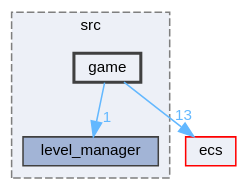
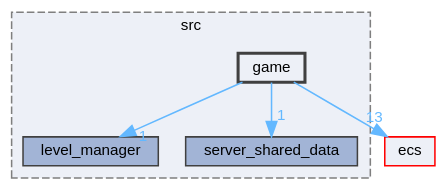
Before and after one commit to Houpsi/R-Type: the diagram in dir_e6b7ec297778ed9f03d97c98d106236d_dep.dot, drawn with Graphviz. The commit also changed 359 other files, not shown here.

```diff
--- a/dir_e6b7ec297778ed9f03d97c98d106236d_dep.dot
+++ b/dir_e6b7ec297778ed9f03d97c98d106236d_dep.dot
@@ -1,16 +1,18 @@
 digraph "server/src/game"
 {
  // LATEX_PDF_SIZE
   bgcolor="transparent";
   edge [fontname=Helvetica,fontsize=10,labelfontname=Helvetica,labelfontsize=10];
   node [fontname=Helvetica,fontsize=10,shape=box,height=0.2,width=0.4];
   compound=true
   subgraph clusterdir_a063914ab482288b7b0e1b2fca86158c {
     graph [ bgcolor="#edf0f7", pencolor="grey50", label="src", fontname=Helvetica,fontsize=10 style="filled,dashed", URL="dir_a063914ab482288b7b0e1b2fca86158c.html",tooltip=""]
   dir_1a61ab1baf9342b4b0090bc39c8718b8 [label="level_manager", fillcolor="#a2b4d6", color="grey25", style="filled", URL="dir_1a61ab1baf9342b4b0090bc39c8718b8.html",tooltip=""];
+  dir_750895f871de6972115ebd7099323fe5 [label="server_shared_data", fillcolor="#a2b4d6", color="grey25", style="filled", URL="dir_750895f871de6972115ebd7099323fe5.html",tooltip=""];
   dir_e6b7ec297778ed9f03d97c98d106236d [label="game", fillcolor="#edf0f7", color="grey25", style="filled,bold", URL="dir_e6b7ec297778ed9f03d97c98d106236d.html",tooltip=""];
   }
   dir_eafb92770fbc727220bdaa0b1292f771 [label="ecs", fillcolor="#edf0f7", color="red", style="filled", URL="dir_eafb92770fbc727220bdaa0b1292f771.html",tooltip=""];
   dir_e6b7ec297778ed9f03d97c98d106236d->dir_1a61ab1baf9342b4b0090bc39c8718b8 [headlabel="1", labeldistance=1.5 headhref="dir_000002_000004.html" href="dir_000002_000004.html" color="steelblue1" fontcolor="steelblue1"];
+  dir_e6b7ec297778ed9f03d97c98d106236d->dir_750895f871de6972115ebd7099323fe5 [headlabel="1", labeldistance=1.5 headhref="dir_000002_000009.html" href="dir_000002_000009.html" color="steelblue1" fontcolor="steelblue1"];
   dir_e6b7ec297778ed9f03d97c98d106236d->dir_eafb92770fbc727220bdaa0b1292f771 [headlabel="13", labeldistance=1.5 headhref="dir_000002_000001.html" href="dir_000002_000001.html" color="steelblue1" fontcolor="steelblue1"];
 }
```
